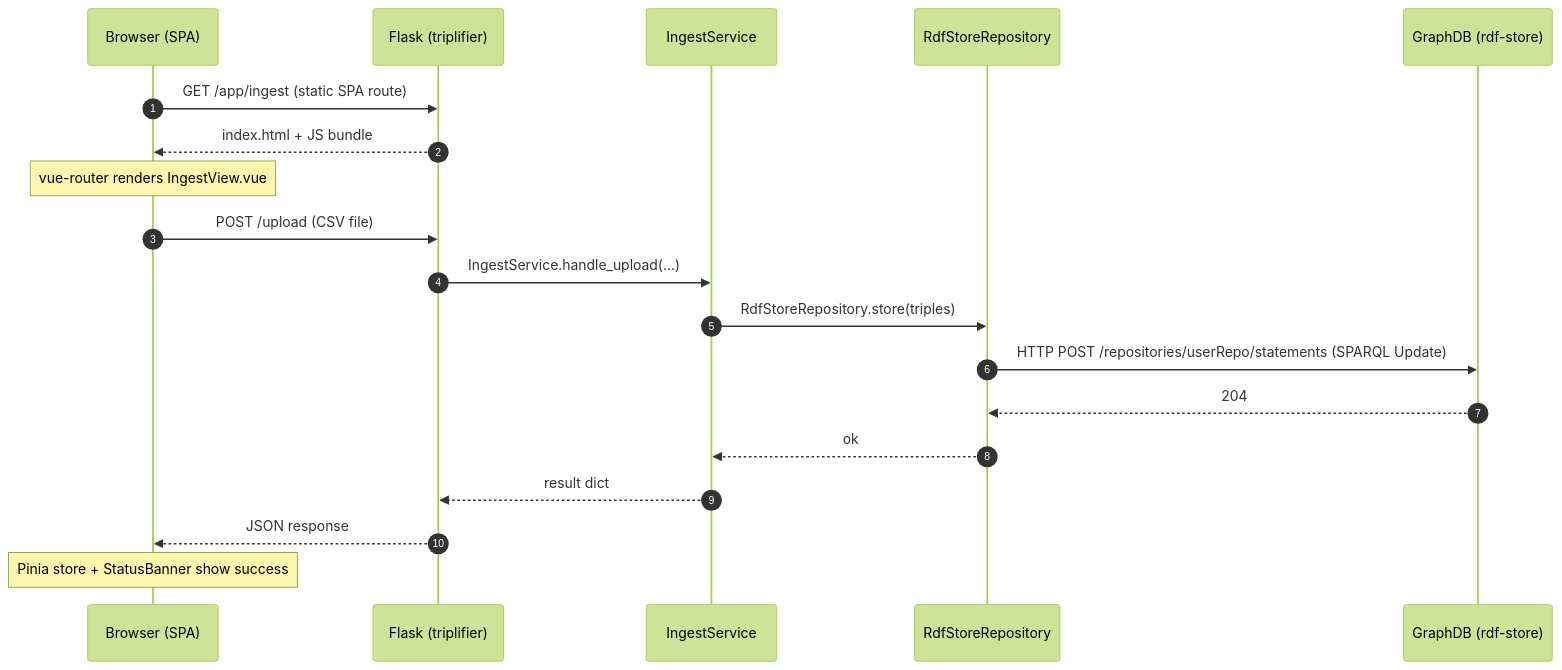
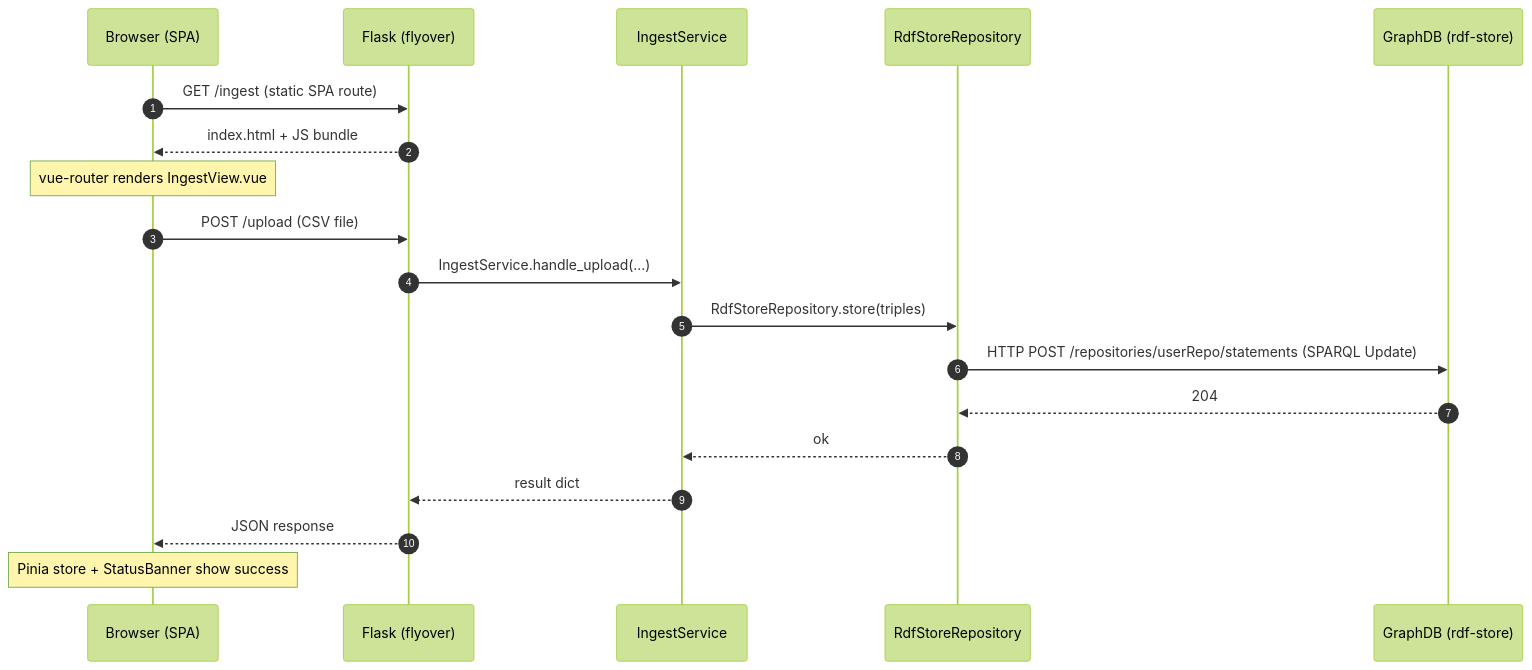
One commit to MaastrichtU-CDS/Flyover changed the second of 3 diagrams in docs/architecture.md. Above: the diagram before and after it, drawn with Mermaid (forest theme). The commit also changed other lines of this file and 181 other files, not shown here.

````diff
--- a/docs/architecture.md
+++ b/docs/architecture.md
@@ -34,22 +34,22 @@
 ```mermaid
 sequenceDiagram
     autonumber
     participant B as Browser (SPA)
-    participant F as Flask (triplifier)
+    participant F as Flask (flyover)
     participant S as IngestService
     participant R as RdfStoreRepository
     participant G as GraphDB (rdf-store)
 
-    B->>F: GET /app/ingest (static SPA route)
+    B->>F: GET /ingest (static SPA route)
     F-->>B: index.html + JS bundle
     Note over B: vue-router renders IngestView.vue
     B->>F: POST /upload (CSV file)
     F->>S: IngestService.handle_upload(...)
     S->>R: RdfStoreRepository.store(triples)
     R->>G: HTTP POST /repositories/userRepo/statements (SPARQL Update)
     G-->>R: 204
     R-->>S: ok
     S-->>F: result dict
     F-->>B: JSON response
     Note over B: Pinia store + StatusBanner show success
 ```
````
